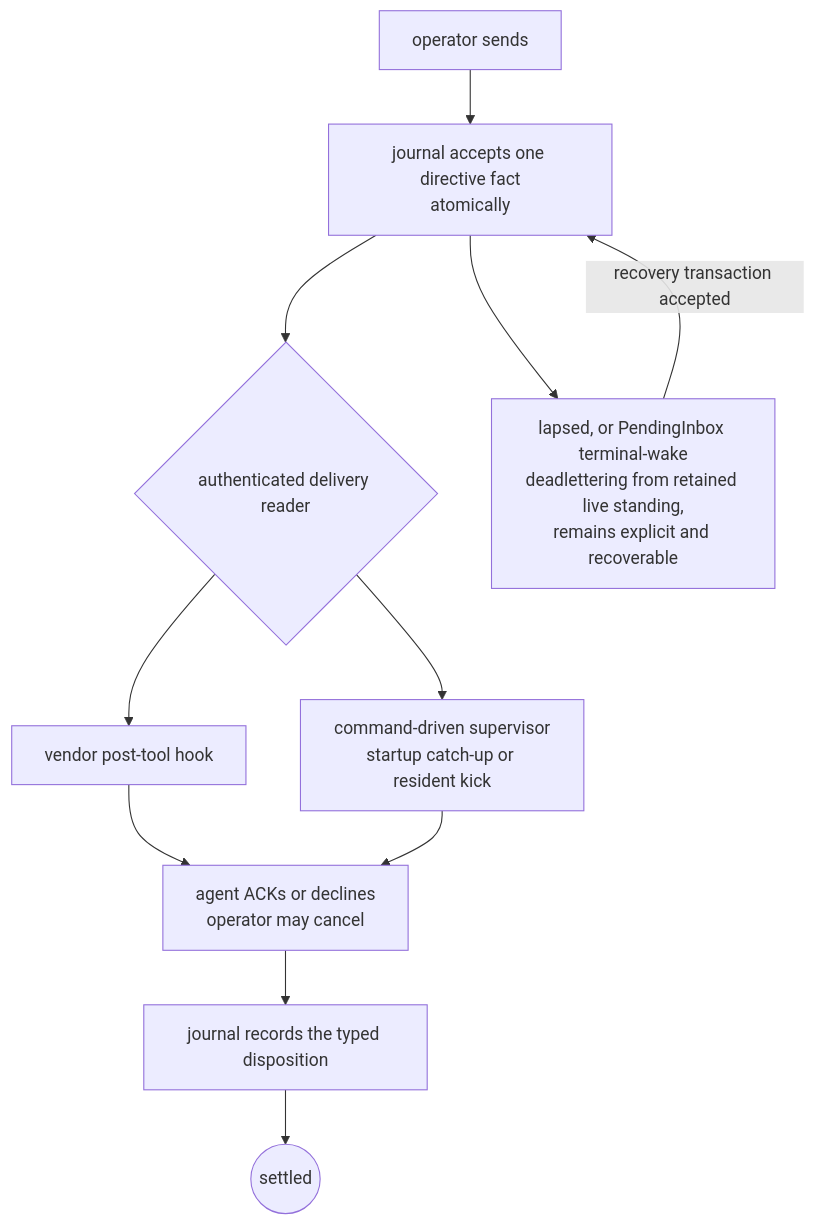
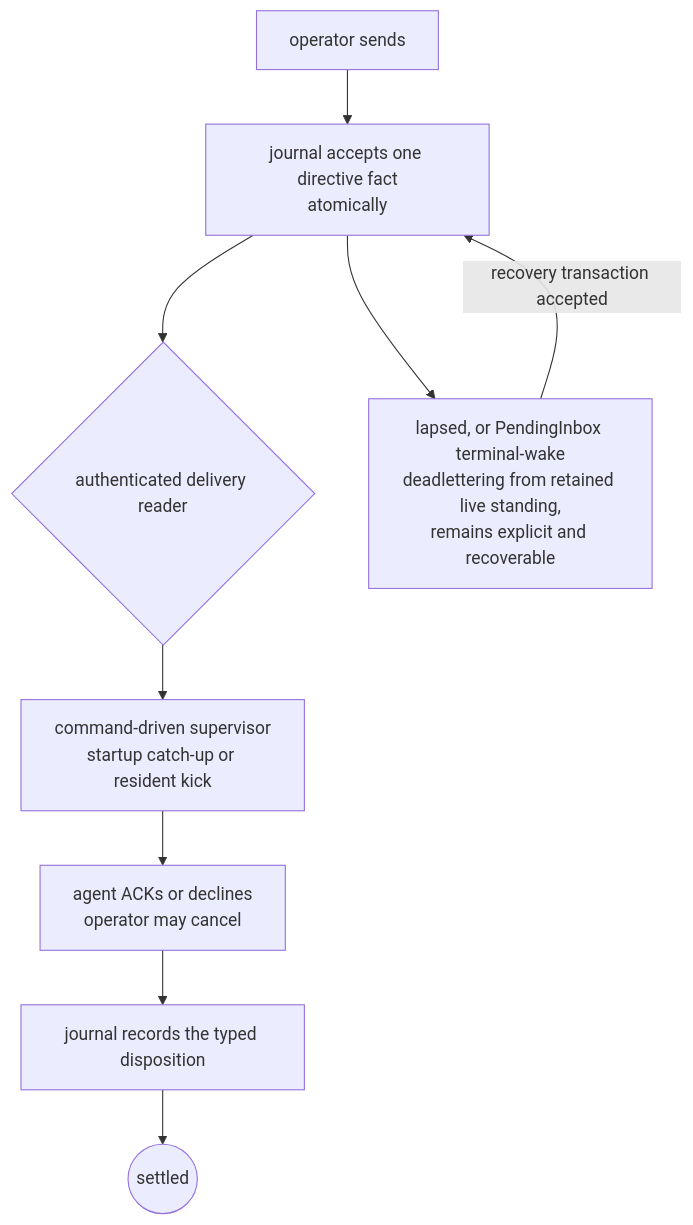
Before and after one commit to infimalabs/spice-rust: the second of 23 diagrams in docs/product/value.md, drawn with Mermaid. The commit also changed other lines of this file and 195 other files, not shown here.

````diff
--- a/docs/product/value.md
+++ b/docs/product/value.md
@@ -41,13 +41,11 @@
 ```mermaid
 flowchart TD
   O["operator sends"] --> J["journal accepts one directive fact<br/>atomically"]
   J --> B{"authenticated delivery reader"}
-  B --> V["vendor post-tool hook"]
   B --> S["command-driven supervisor<br/>startup catch-up or resident kick"]
-  V --> K["agent ACKs or declines<br/>operator may cancel"]
-  S --> K
+  S --> K["agent ACKs or declines<br/>operator may cancel"]
   K --> T["journal records the typed disposition"]
   T --> E(("settled"))
   J --> D["lapsed, or PendingInbox terminal-wake<br/>deadlettering from retained live standing,<br/>remains explicit and recoverable"]
   D -->|"recovery transaction accepted"| J
 ```
````
